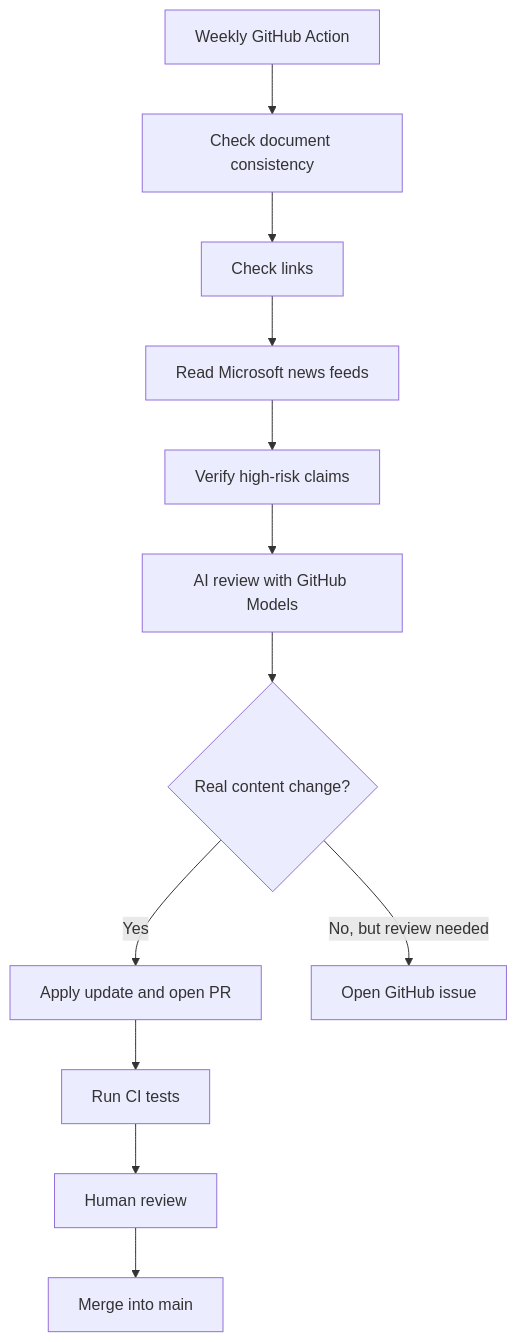
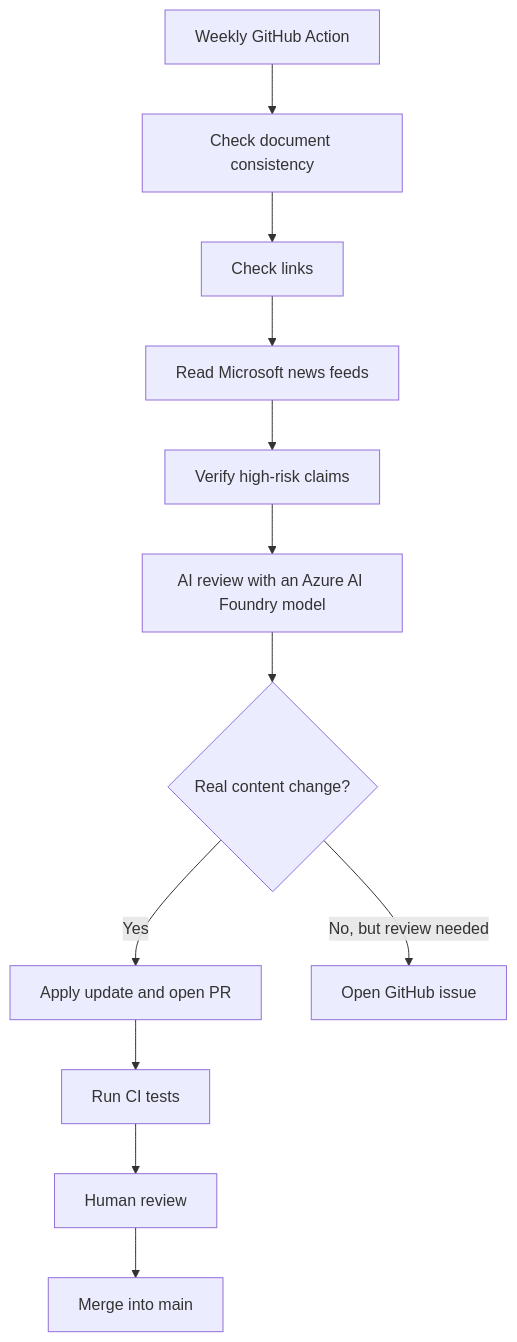
The third of 4 diagrams in docs/sql-migration-advisor-developer-pitch.md (fredgis/sql-migration-advisor), drawn with Mermaid before and after one commit. The commit also changed other lines of this file and 8 other files, not shown here.

First line of the commit message:
docs: describe the Azure AI Foundry review and its OIDC setup

````diff
--- a/docs/sql-migration-advisor-developer-pitch.md
+++ b/docs/sql-migration-advisor-developer-pitch.md
@@ -323,14 +323,14 @@
 ```mermaid
 flowchart TD
     A[Weekly GitHub Action] --> B[Check document consistency]
     B --> C[Check links]
     C --> D[Read Microsoft news feeds]
     D --> E[Verify high-risk claims]
-    E --> F[AI review with GitHub Models]
+    E --> F[AI review with an Azure AI Foundry model]
     F --> G{Real content change?}
     G -- Yes --> H[Apply update and open PR]
     G -- No, but review needed --> I[Open GitHub issue]
     H --> J[Run CI tests]
     J --> K[Human review]
     K --> L[Merge into main]
 ```
````
